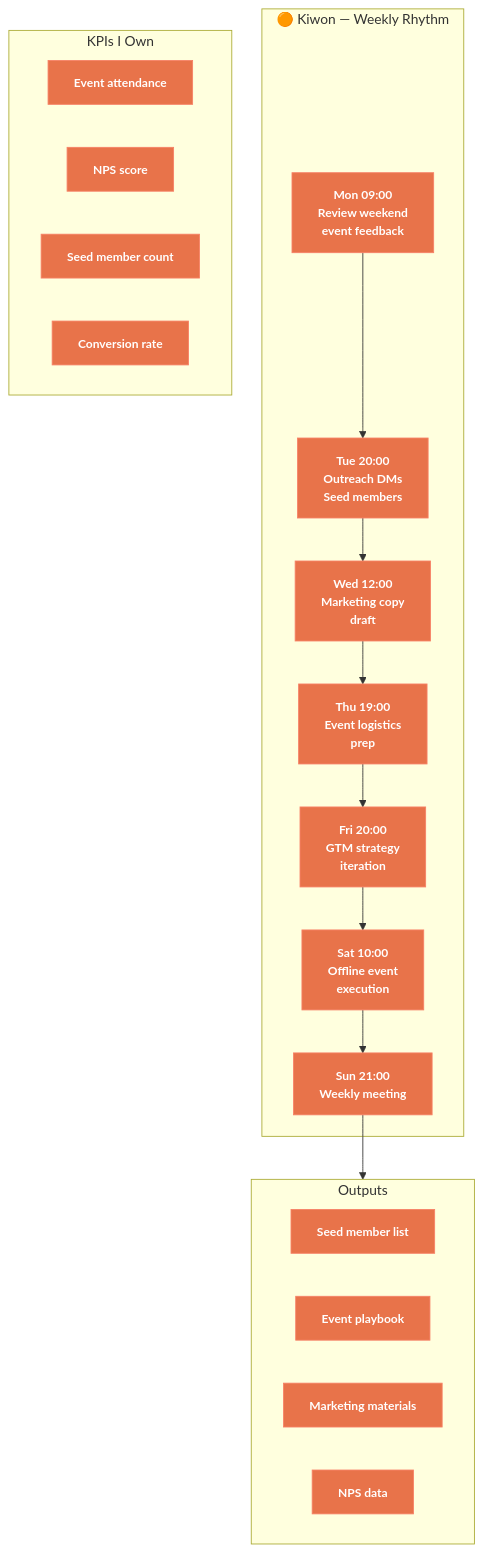
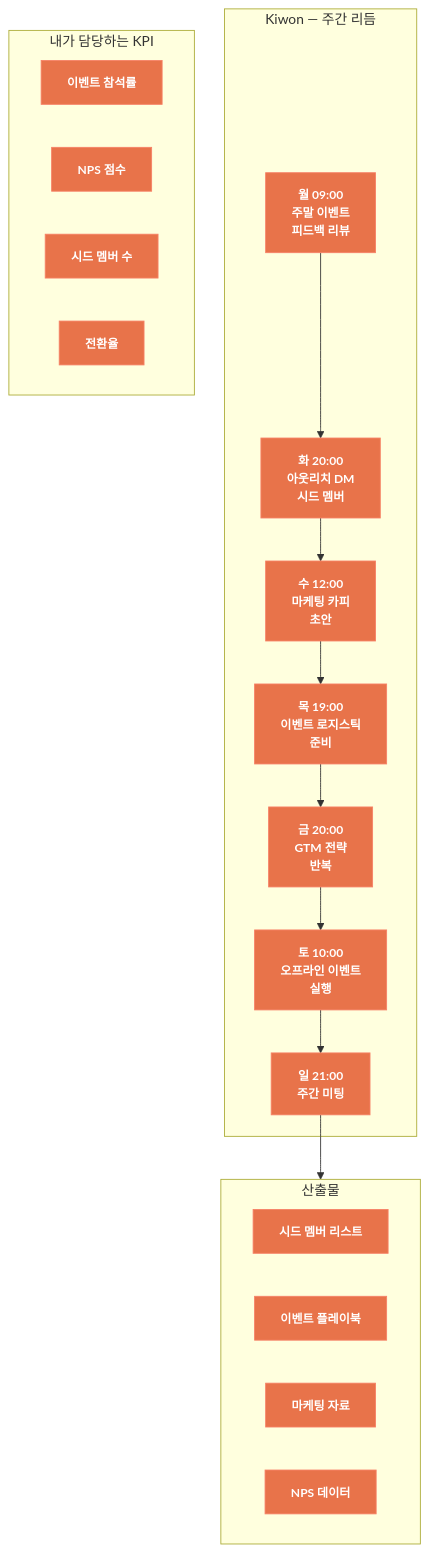
One commit to JeHyeong2/hypeprooflab changed the diagram in products/hypeproof-workflow-diagrams/personal-kiwon.mmd. Above: the diagram before and after it, drawn with Mermaid. The commit also changed 38 other files, not shown here.

First line of the commit message:
diagrams: convert all to Korean + font 18px + QA pass 19/19

```diff
--- a/products/hypeproof-workflow-diagrams/personal-kiwon.mmd
+++ b/products/hypeproof-workflow-diagrams/personal-kiwon.mmd
@@ -1,32 +1,32 @@
 flowchart TB
     classDef kiwon fill:#e8734a,stroke:#f78166,color:#fff,font-weight:bold,font-size:14px
     classDef dim fill:#30363d,stroke:#484f58,color:#8b949e
 
-    subgraph WEEK["🟠 Kiwon — Weekly Rhythm"]
-        MON["Mon 09:00<br/>Review weekend<br/>event feedback"]
-        TUE["Tue 20:00<br/>Outreach DMs<br/>Seed members"]
-        WED["Wed 12:00<br/>Marketing copy<br/>draft"]
-        THU["Thu 19:00<br/>Event logistics<br/>prep"]
-        FRI["Fri 20:00<br/>GTM strategy<br/>iteration"]
-        SAT["Sat 10:00<br/>Offline event<br/>execution"]
-        SUN["Sun 21:00<br/>Weekly meeting"]
+    subgraph WEEK["Kiwon — 주간 리듬"]
+        MON["월 09:00<br/>주말 이벤트<br/>피드백 리뷰"]
+        TUE["화 20:00<br/>아웃리치 DM<br/>시드 멤버"]
+        WED["수 12:00<br/>마케팅 카피<br/>초안"]
+        THU["목 19:00<br/>이벤트 로지스틱<br/>준비"]
+        FRI["금 20:00<br/>GTM 전략<br/>반복"]
+        SAT["토 10:00<br/>오프라인 이벤트<br/>실행"]
+        SUN["일 21:00<br/>주간 미팅"]
     end
 
-    subgraph OUT["Outputs"]
-        O1["Seed member list"]
-        O2["Event playbook"]
-        O3["Marketing materials"]
-        O4["NPS data"]
+    subgraph OUT["산출물"]
+        O1["시드 멤버 리스트"]
+        O2["이벤트 플레이북"]
+        O3["마케팅 자료"]
+        O4["NPS 데이터"]
     end
 
-    subgraph KPI["KPIs I Own"]
-        K1["Event attendance"]
-        K2["NPS score"]
-        K3["Seed member count"]
-        K4["Conversion rate"]
+    subgraph KPI["내가 담당하는 KPI"]
+        K1["이벤트 참석률"]
+        K2["NPS 점수"]
+        K3["시드 멤버 수"]
+        K4["전환율"]
     end
 
     MON --> TUE --> WED --> THU --> FRI --> SAT --> SUN
     SUN --> OUT
 
     class MON,TUE,WED,THU,FRI,SAT,SUN,O1,O2,O3,O4,K1,K2,K3,K4 kiwon
```
